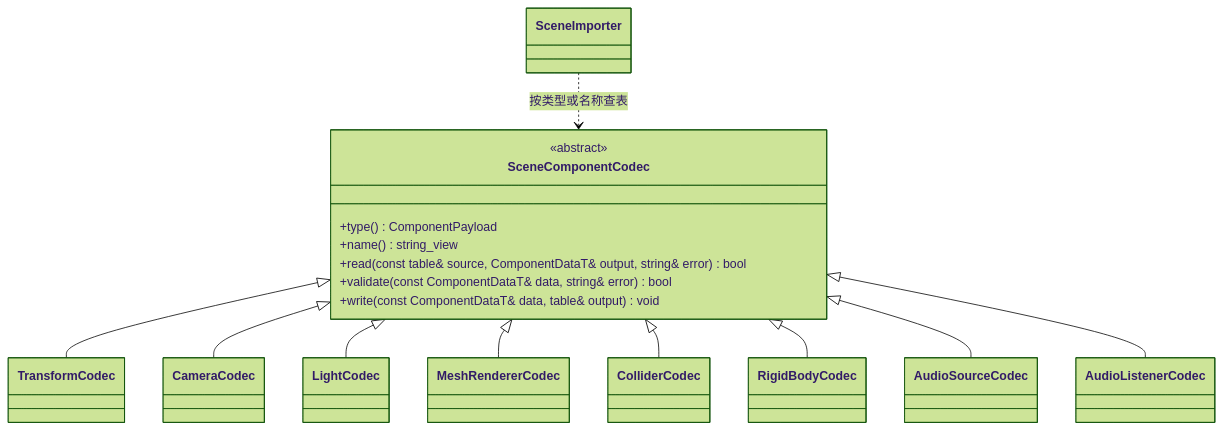
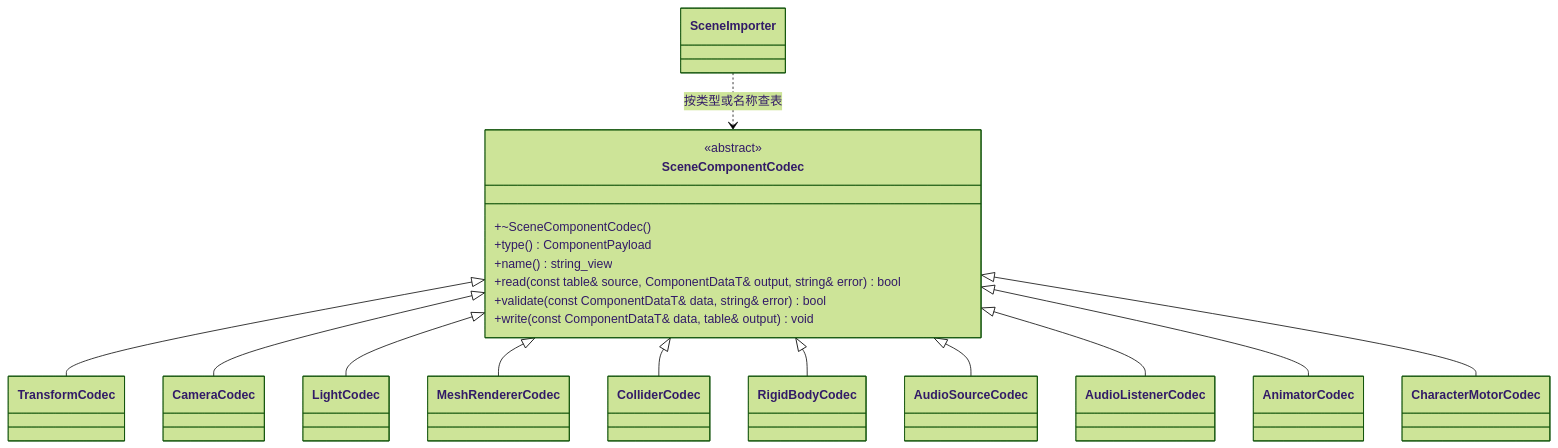
One commit to lcals/Engine changed the diagram in docs/editor/class-diagrams/scene-component-codecs.md. Above: the diagram before and after it, drawn with Mermaid (forest theme). The commit also changed other lines of this file and 213 other files, not shown here.

````diff
--- a/docs/editor/class-diagrams/scene-component-codecs.md
+++ b/docs/editor/class-diagrams/scene-component-codecs.md
@@ -5,29 +5,34 @@
 ```mermaid
 classDiagram
     class SceneComponentCodec {
         <<abstract>>
+        +~SceneComponentCodec()
         +type() ComponentPayload
         +name() string_view
         +read(const table& source, ComponentDataT& output, string& error) bool
         +validate(const ComponentDataT& data, string& error) bool
         +write(const ComponentDataT& data, table& output) void
     }
     class TransformCodec
     class CameraCodec
     class LightCodec
     class MeshRendererCodec
     class ColliderCodec
     class RigidBodyCodec
     class AudioSourceCodec
     class AudioListenerCodec
+    class AnimatorCodec
+    class CharacterMotorCodec
     class SceneImporter
     SceneComponentCodec <|-- TransformCodec
     SceneComponentCodec <|-- CameraCodec
     SceneComponentCodec <|-- LightCodec
     SceneComponentCodec <|-- MeshRendererCodec
     SceneComponentCodec <|-- ColliderCodec
     SceneComponentCodec <|-- RigidBodyCodec
     SceneComponentCodec <|-- AudioSourceCodec
     SceneComponentCodec <|-- AudioListenerCodec
+    SceneComponentCodec <|-- AnimatorCodec
+    SceneComponentCodec <|-- CharacterMotorCodec
     SceneImporter ..> SceneComponentCodec : 按类型或名称查表
 ```
````
